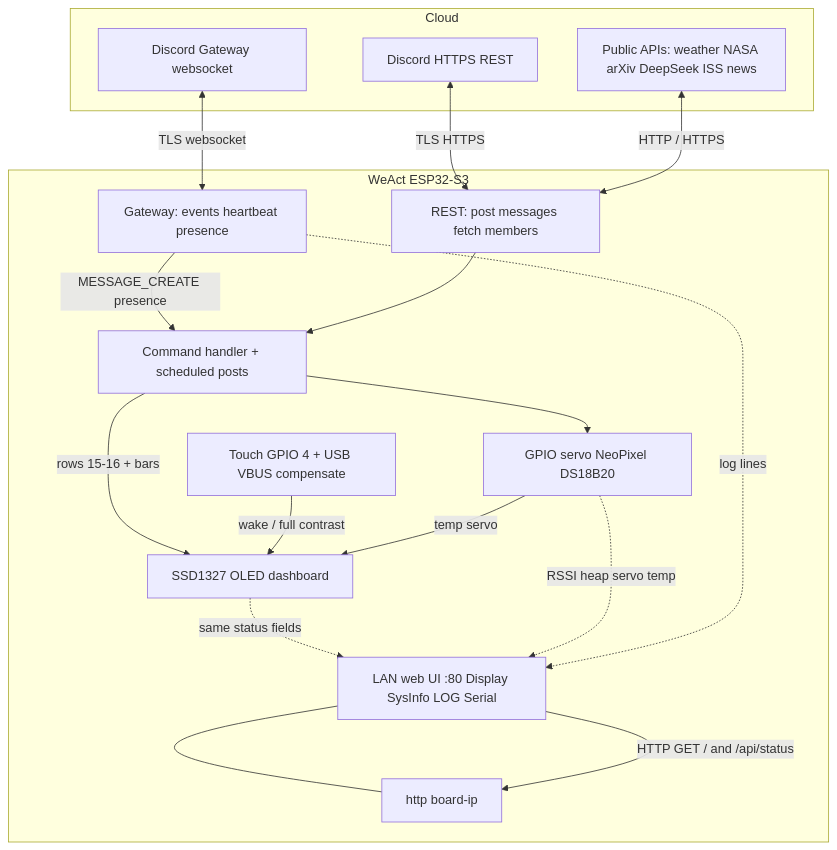
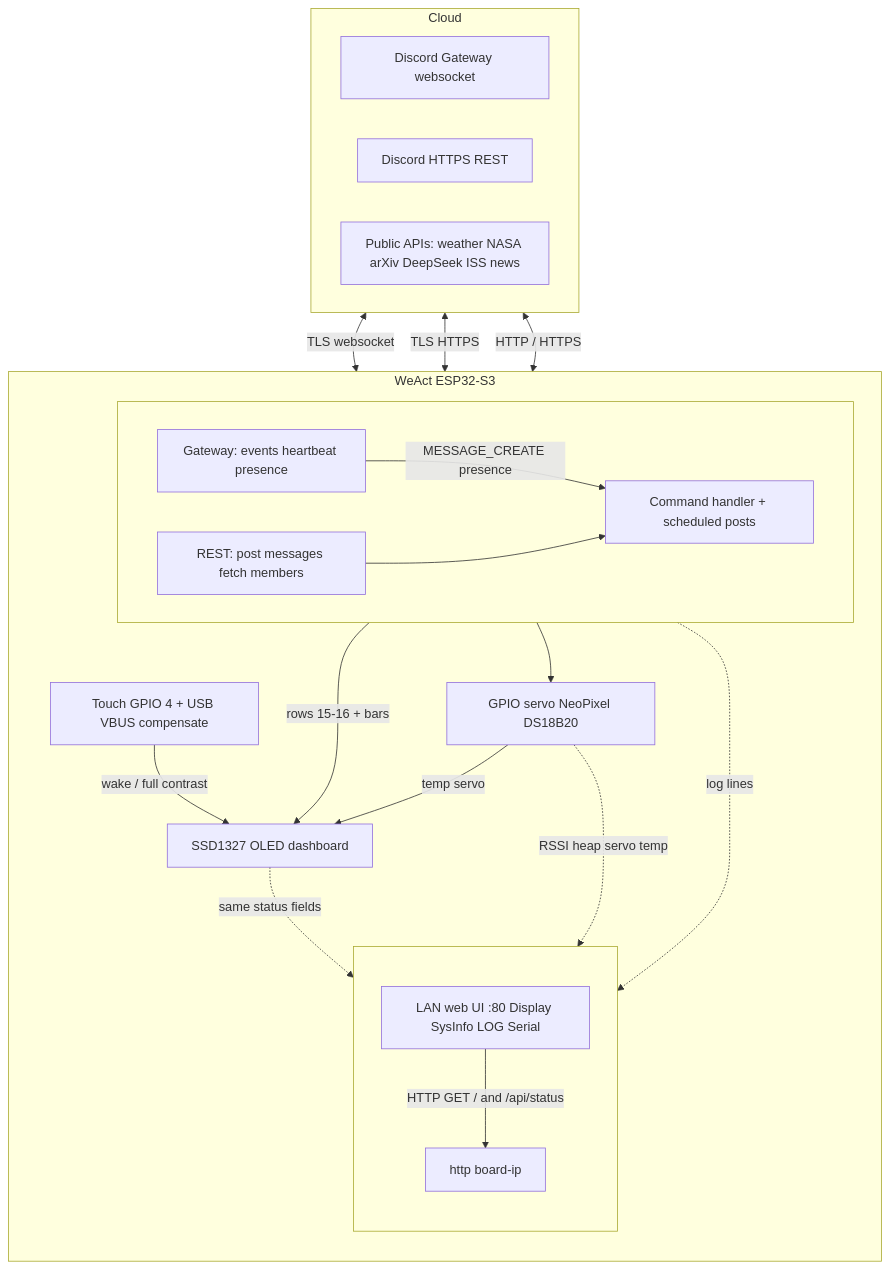
One commit to K9DTV/minime-esp32-discord-bot changed the diagram in README.md. Above: the diagram before and after it, drawn with Mermaid.

Commit message:
Align flowchart REST and straighten LAN web UI link.

````diff
--- a/README.md
+++ b/README.md
@@ -89,34 +89,41 @@
 ```mermaid
 flowchart TB
   subgraph cloud [Cloud]
+    direction LR
     DG[Discord Gateway websocket]
     DR[Discord HTTPS REST]
     EXT[Public APIs: weather NASA arXiv DeepSeek ISS news]
   end
 
   subgraph board [WeAct ESP32-S3]
-    GW[Gateway: events heartbeat presence]
-    REST[REST: post messages fetch members]
-    CMD[Command handler + scheduled posts]
+    direction TB
+    subgraph mid [ ]
+      direction LR
+      GW[Gateway: events heartbeat presence]
+      REST[REST: post messages fetch members]
+      CMD[Command handler + scheduled posts]
+    end
     OLED[SSD1327 OLED dashboard]
-    WEB[LAN web UI :80 Display SysInfo LOG Serial]
-    BR[http board-ip]
     TOUCH[Touch GPIO 4 + USB VBUS compensate]
     IO[GPIO servo NeoPixel DS18B20]
-    WEB --- BR
+    subgraph webui [ ]
+      direction TB
+      WEB[LAN web UI :80 Display SysInfo LOG Serial]
+      BR[http board-ip]
+      WEB -->|HTTP GET / and /api/status| BR
+    end
   end
 
   DG <-->|TLS websocket| GW
   DR <-->|TLS HTTPS| REST
   EXT <-->|HTTP / HTTPS| REST
   GW -->|MESSAGE_CREATE presence| CMD
   REST --> CMD
   CMD -->|rows 15-16 + bars| OLED
   TOUCH -->|wake / full contrast| OLED
   CMD --> IO
   IO -->|temp servo| OLED
   OLED -.->|same status fields| WEB
   IO -.->|RSSI heap servo temp| WEB
   GW -.->|log lines| WEB
-  WEB -->|HTTP GET / and /api/status| BR
 ```
````
